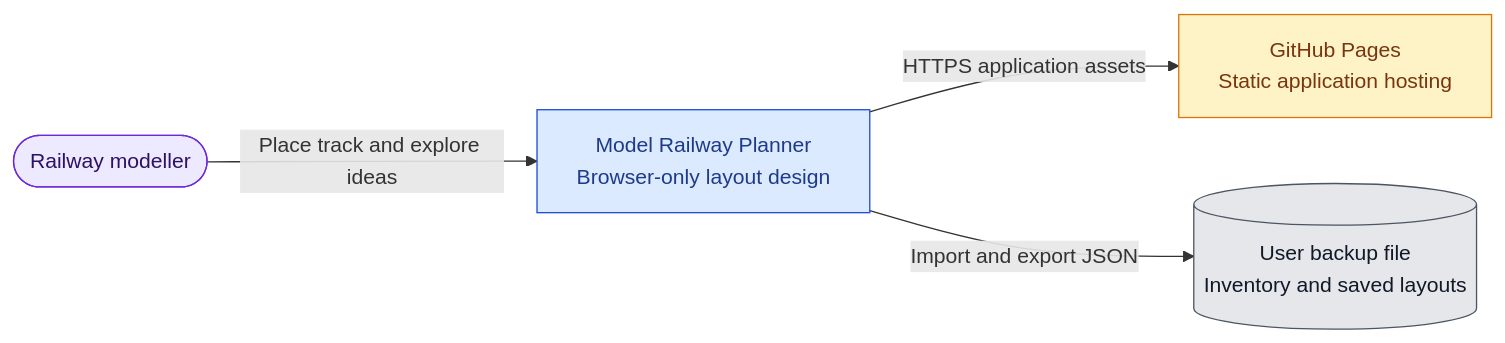
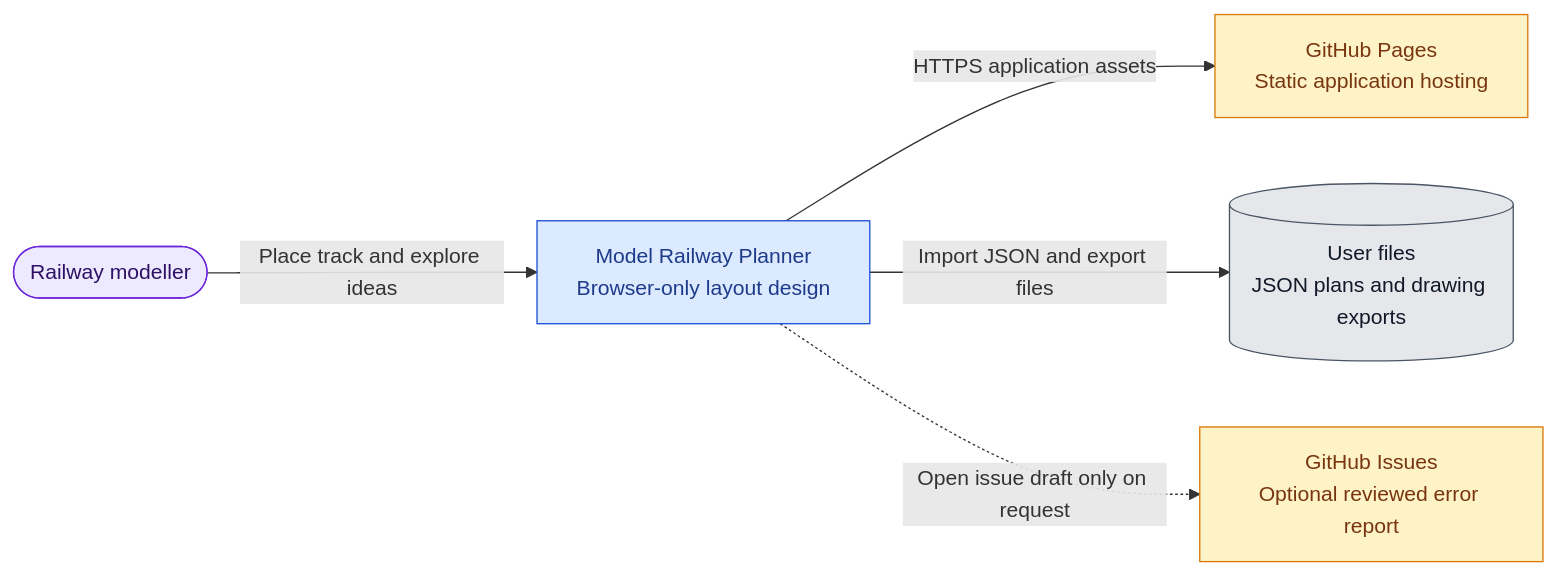
The diagram in README.md (f2calv/model-railway-planner), drawn with Mermaid before and after one commit. The commit also changed other lines of this file and 17 other files, not shown here.

````diff
--- a/README.md
+++ b/README.md
@@ -21,14 +21,16 @@
 ```mermaid
 flowchart LR
     user(["Railway modeller"]):::person
     planner["Model Railway Planner<br/>Browser-only layout design"]:::system
     pages["GitHub Pages<br/>Static application hosting"]:::external
-    backup[("User backup file<br/>Inventory and saved layouts")]:::store
+    backup[("User files<br/>JSON plans and drawing exports")]:::store
+    issues["GitHub Issues<br/>Optional reviewed error report"]:::external
     user -->|"Place track and explore ideas"| planner
     planner -->|"HTTPS application assets"| pages
-    planner -->|"Import and export JSON"| backup
+    planner -->|"Import JSON and export files"| backup
+    planner -.->|"Open issue draft only on request"| issues
     classDef person fill:#ede9fe,stroke:#6d28d9,color:#2e1065
     classDef system fill:#dbeafe,stroke:#1d4ed8,color:#1e3a8a
     classDef external fill:#fef3c7,stroke:#d97706,color:#78350f
     classDef store fill:#e5e7eb,stroke:#4b5563,color:#111827
 ```
````
